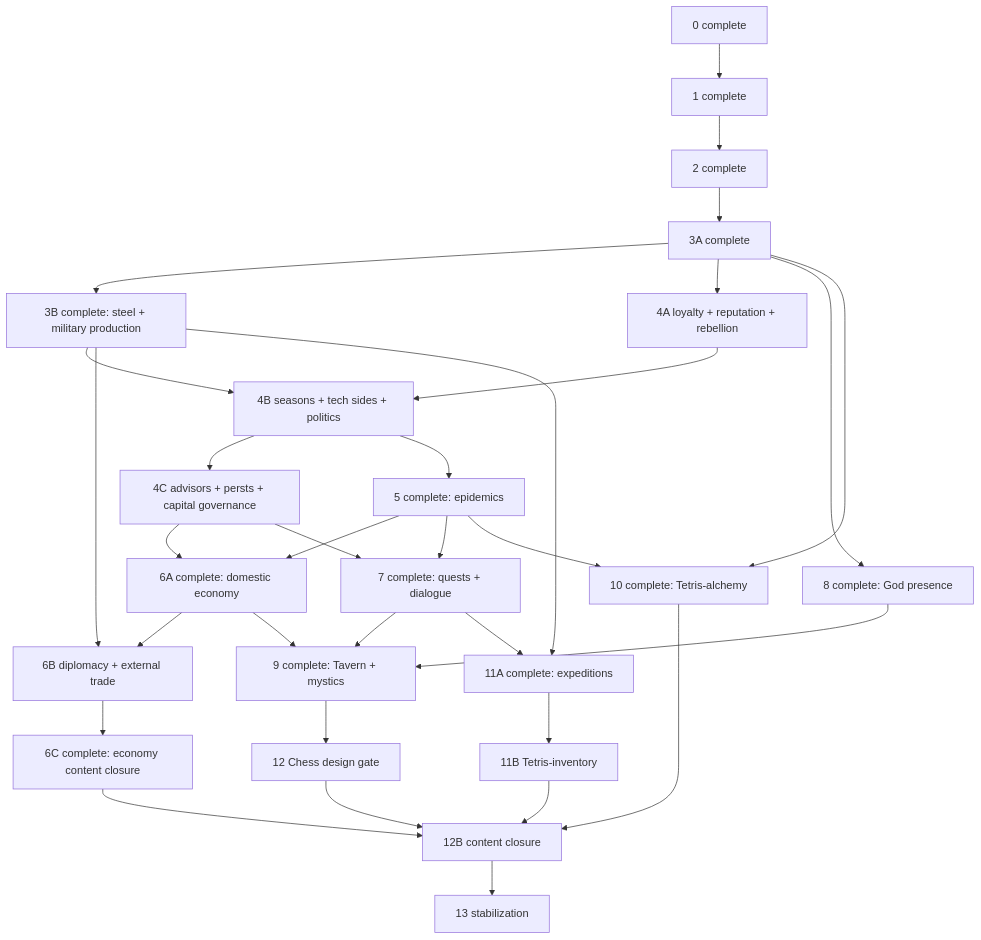
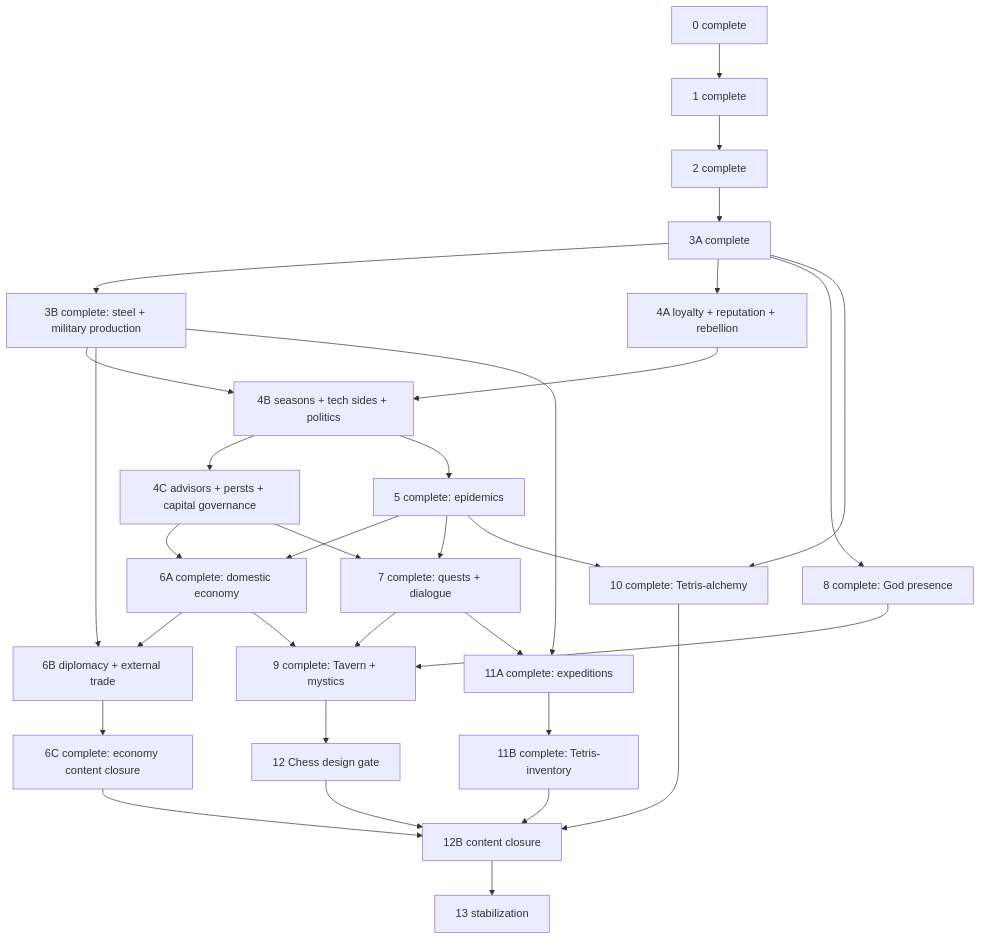
One commit to akulihin/King-of-the-Garbage-Hill changed the diagram in plans/empires-endgame/README.md. Above: the diagram before and after it, drawn with Mermaid. The commit also changed other lines of this file and 35 other files, not shown here.

````diff
--- a/plans/empires-endgame/README.md
+++ b/plans/empires-endgame/README.md
@@ -105,34 +111,34 @@
 ```mermaid
 graph TD
   P0[0 complete] --> P1[1 complete]
   P1 --> P2[2 complete]
   P2 --> P3A[3A complete]
   P3A --> P3B[3B complete: steel + military production]
   P3A --> P4A[4A loyalty + reputation + rebellion]
   P3B --> P4B[4B seasons + tech sides + politics]
   P4A --> P4B
   P4B --> P4C[4C advisors + persts + capital governance]
   P4B --> P5[5 complete: epidemics]
   P4C --> P6A[6A complete: domestic economy]
   P5 --> P6A
   P3B --> P6B[6B diplomacy + external trade]
   P6A --> P6B
   P6B --> P6C[6C complete: economy content closure]
   P5 --> P7[7 complete: quests + dialogue]
   P4C --> P7
   P3A --> P8[8 complete: God presence]
   P6A --> P9[9 complete: Tavern + mystics]
   P7 --> P9
   P8 --> P9
   P3A --> P10[10 complete: Tetris-alchemy]
   P5 --> P10
   P3B --> P11A[11A complete: expeditions]
   P7 --> P11A
-  P11A --> P11B[11B Tetris-inventory]
+  P11A --> P11B[11B complete: Tetris-inventory]
   P9 --> P12[12 Chess design gate]
   P6C --> P12B[12B content closure]
   P10 --> P12B
   P11B --> P12B
   P12 --> P12B
   P12B --> P13[13 stabilization]
 ```
````
